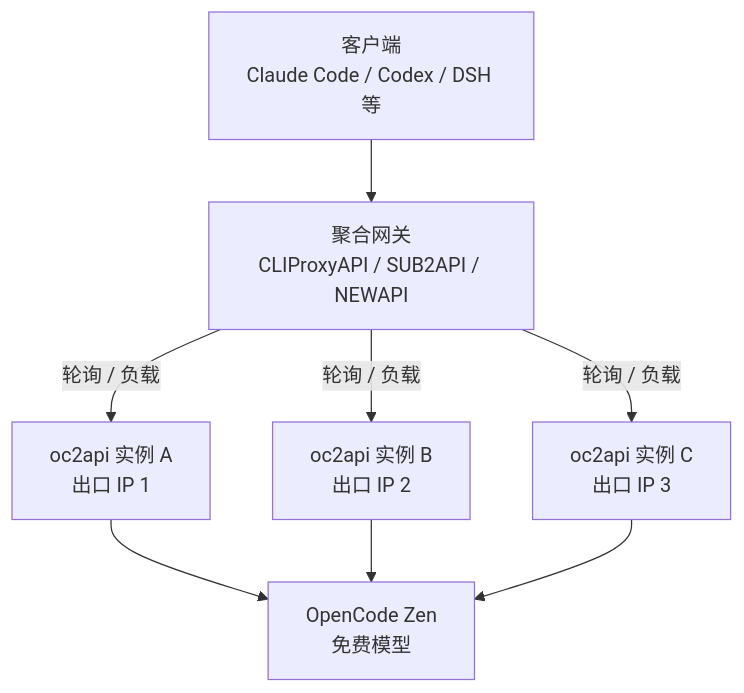
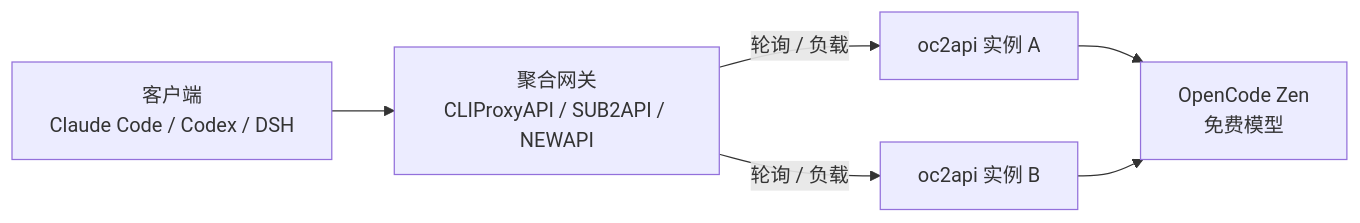
Before and after one commit to zhuweiyou/oc2api: the diagram in README.md, drawn with Mermaid. The commit also changed other lines of this file and 36 other files, not shown here.

````diff
--- a/README.md
+++ b/README.md
@@ -5,17 +5,14 @@
 ```mermaid
-flowchart TD
-    client["客户端<br/>Claude Code / Codex / DSH 等"]
+flowchart LR
+    client["客户端<br/>Claude Code / Codex / DSH"]
     gateway["聚合网关<br/>CLIProxyAPI / SUB2API / NEWAPI"]
-    a["oc2api 实例 A<br/>出口 IP 1"]
-    b["oc2api 实例 B<br/>出口 IP 2"]
-    c["oc2api 实例 C<br/>出口 IP 3"]
+    a["oc2api 实例 A"]
+    b["oc2api 实例 B"]
     zen["OpenCode Zen<br/>免费模型"]
 
     client --> gateway
     gateway -->|轮询 / 负载| a
     gateway -->|轮询 / 负载| b
-    gateway -->|轮询 / 负载| c
     a --> zen
     b --> zen
-    c --> zen
 ```
````
